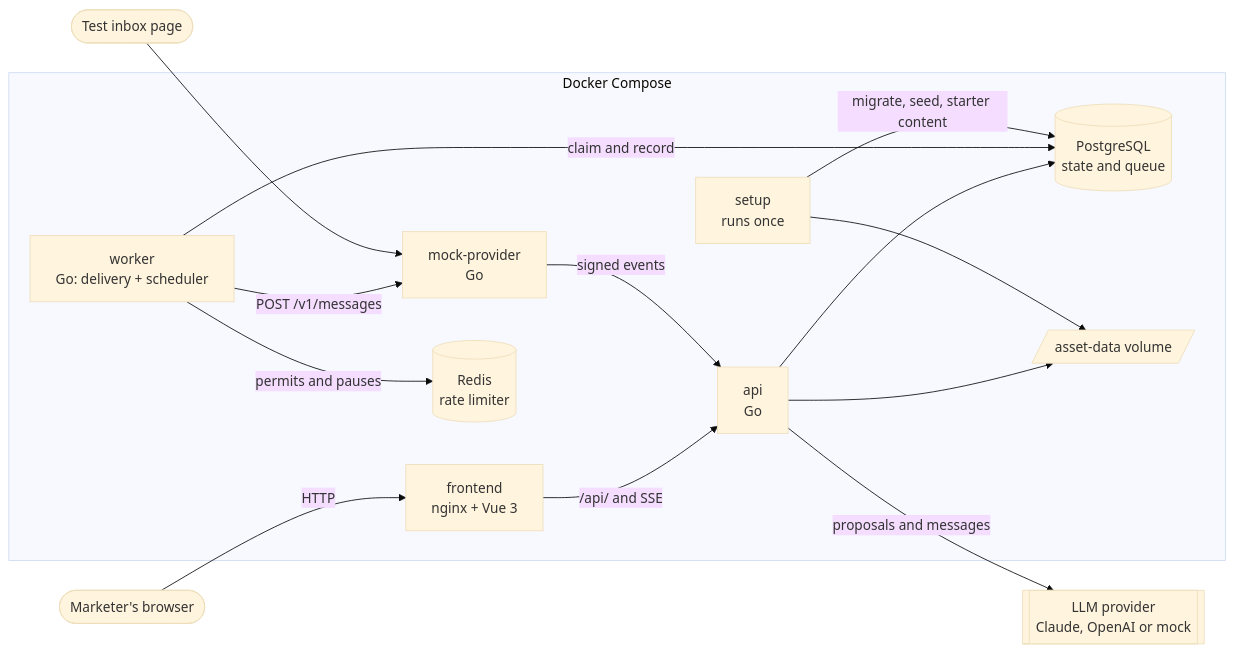
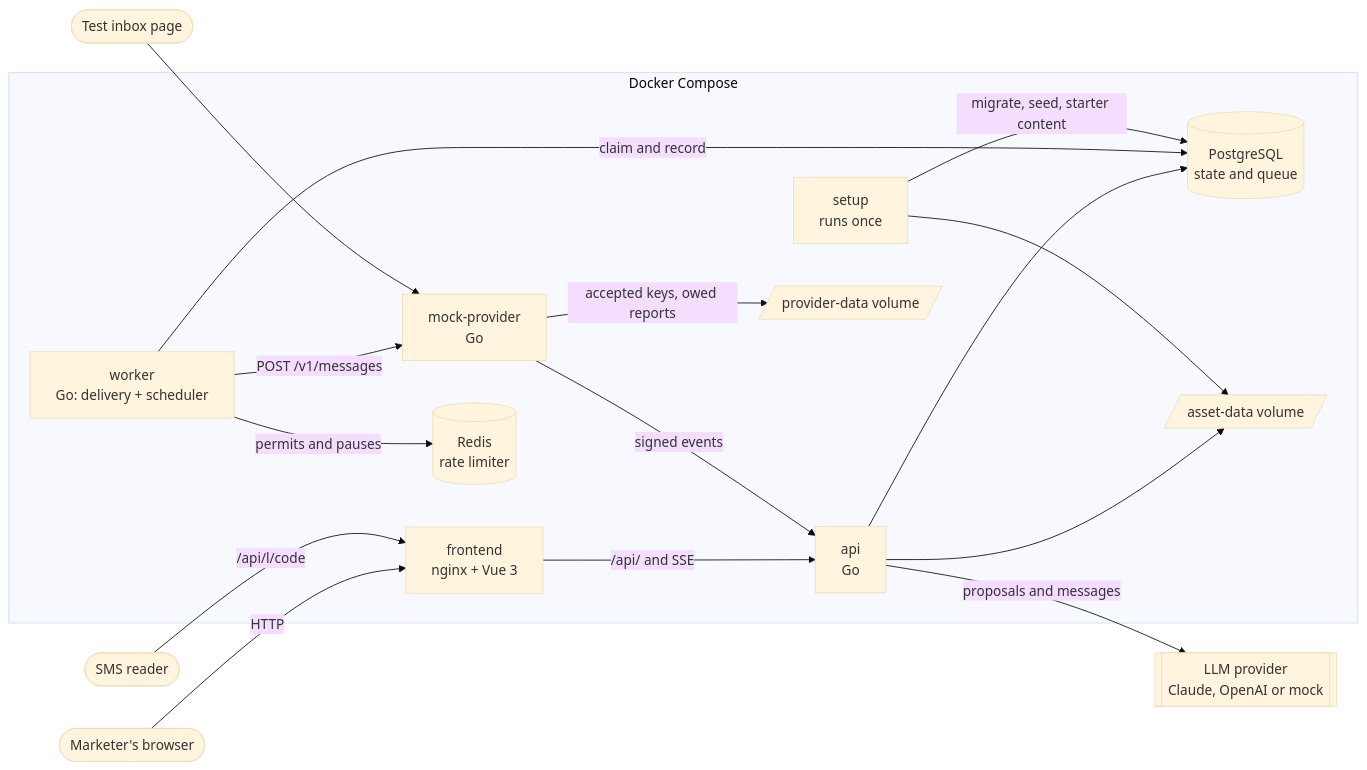
Before and after one commit to negativexq/smart-campaign-composer: the first of 2 diagrams in docs/architecture.md, drawn with Mermaid (base theme). The commit also changed other lines of this file, not shown here.

Commit message:
docs: bring the architecture page up to date with runs, the provider journal and short links

````diff
--- a/docs/architecture.md
+++ b/docs/architecture.md
@@ -7,30 +7,33 @@
 ```mermaid
 flowchart LR
     marketer([Marketer's browser])
     tester([Test inbox page])
     llm[[LLM provider<br/>Claude, OpenAI or mock]]
 
     subgraph stack [Docker Compose]
         frontend[frontend<br/>nginx + Vue 3]
         api[api<br/>Go]
         worker[worker<br/>Go: delivery + scheduler]
         provider[mock-provider<br/>Go]
         setup[setup<br/>runs once]
         postgres[(PostgreSQL<br/>state and queue)]
         redis[(Redis<br/>rate limiter)]
         assets[/asset-data volume/]
+        journal[/provider-data volume/]
     end
 
     marketer -->|HTTP| frontend
+    recipient([SMS reader]) -->|/api/l/code| frontend
     frontend -->|/api/ and SSE| api
     api -->|proposals and messages| llm
     api --> postgres
     api --> assets
     worker -->|claim and record| postgres
     worker -->|permits and pauses| redis
     worker -->|POST /v1/messages| provider
     provider -->|signed events| api
+    provider -->|accepted keys, owed reports| journal
     tester --> provider
     setup -->|migrate, seed, starter content| postgres
     setup --> assets
 ```
````
